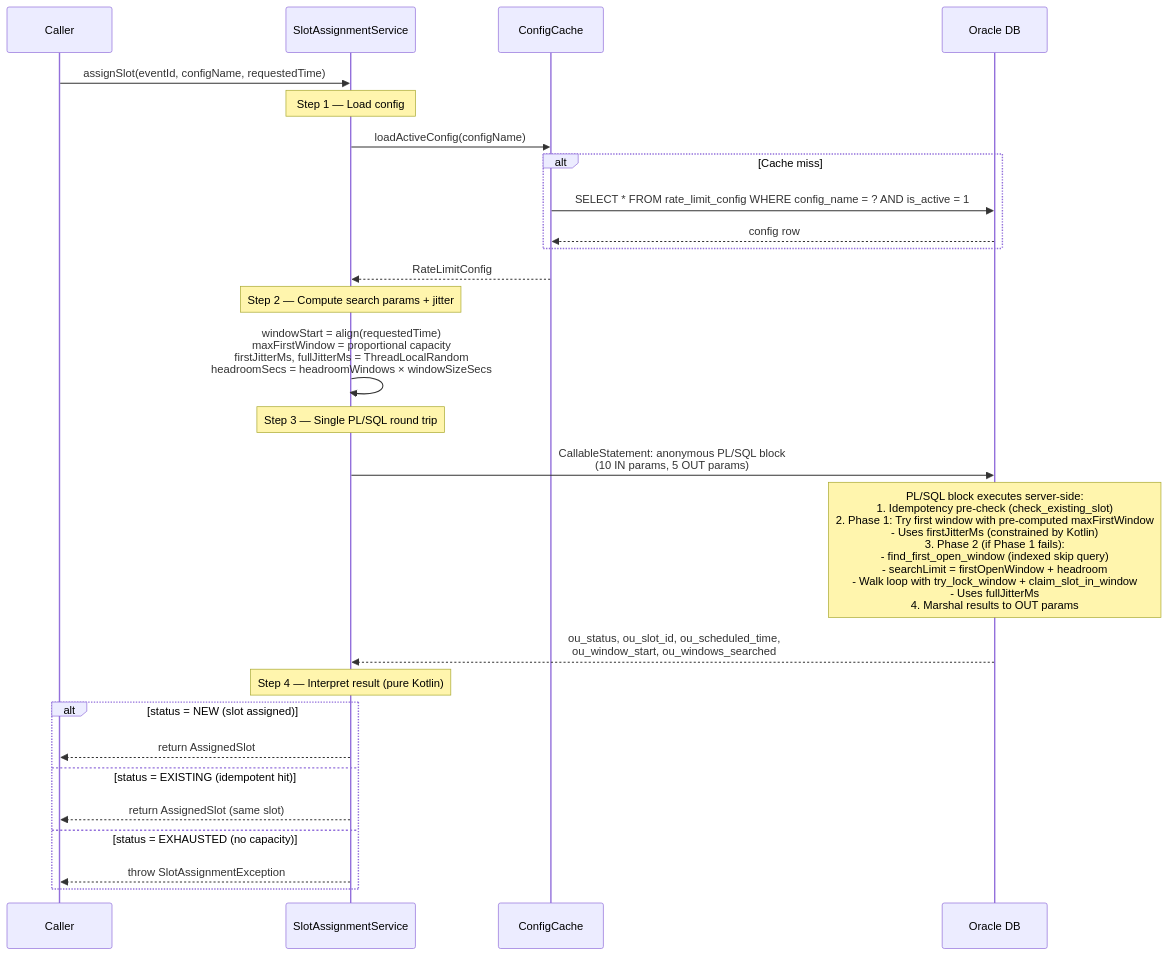
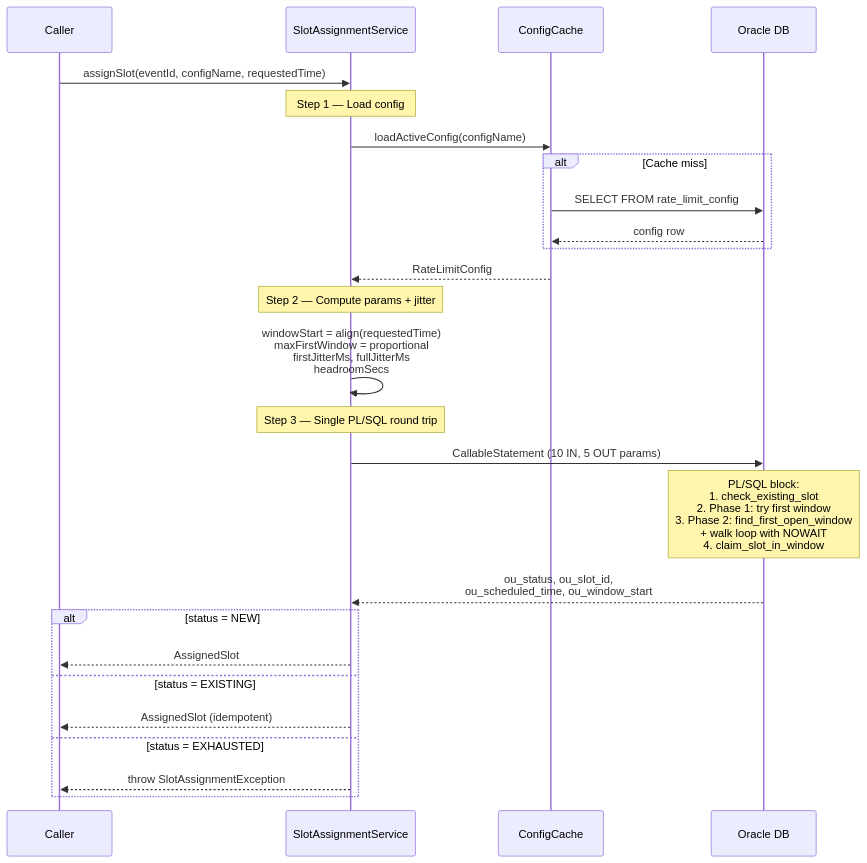
The first of 6 diagrams in README.md (arunav-bhattacharya/rate-limiter), drawn with Mermaid before and after one commit. The commit also changed other lines of this file and 1 other file, not shown here.

````diff
--- a/README.md
+++ b/README.md
@@ -261,36 +328,35 @@
 ```mermaid
 sequenceDiagram
     participant Caller
     participant SAS as SlotAssignmentService
     participant Cache as ConfigCache
     participant DB as Oracle DB
 
     Caller->>SAS: assignSlot(eventId, configName, requestedTime)
 
     Note over SAS: Step 1 — Load config
     SAS->>Cache: loadActiveConfig(configName)
     alt Cache miss
-        Cache->>DB: SELECT * FROM rate_limit_config WHERE config_name = ? AND is_active = 1
+        Cache->>DB: SELECT FROM rate_limit_config
         DB-->>Cache: config row
     end
     Cache-->>SAS: RateLimitConfig
 
-    Note over SAS: Step 2 — Compute search params + jitter
-    SAS->>SAS: windowStart = align(requestedTime)<br/>maxFirstWindow = proportional capacity<br/>firstJitterMs, fullJitterMs = ThreadLocalRandom<br/>headroomSecs = headroomWindows × windowSizeSecs
+    Note over SAS: Step 2 — Compute params + jitter
+    SAS->>SAS: windowStart = align(requestedTime)<br/>maxFirstWindow = proportional<br/>firstJitterMs, fullJitterMs<br/>headroomSecs
 
     Note over SAS: Step 3 — Single PL/SQL round trip
-    SAS->>DB: CallableStatement: anonymous PL/SQL block<br/>(10 IN params, 5 OUT params)
+    SAS->>DB: CallableStatement (10 IN, 5 OUT params)
 
-    Note over DB: PL/SQL block executes server-side:<br/>1. Idempotency pre-check (check_existing_slot)<br/>2. Phase 1: Try first window with pre-computed maxFirstWindow<br/>   - Uses firstJitterMs (constrained by Kotlin)<br/>3. Phase 2 (if Phase 1 fails):<br/>   - find_first_open_window (indexed skip query)<br/>   - searchLimit = firstOpenWindow + headroom<br/>   - Walk loop with try_lock_window + claim_slot_in_window<br/>   - Uses fullJitterMs<br/>4. Marshal results to OUT params
+    Note over DB: PL/SQL block:<br/>1. check_existing_slot<br/>2. Phase 1: try first window<br/>3. Phase 2: find_first_open_window<br/>   + walk loop with NOWAIT<br/>4. claim_slot_in_window
 
-    DB-->>SAS: ou_status, ou_slot_id, ou_scheduled_time,<br/>ou_window_start, ou_windows_searched
+    DB-->>SAS: ou_status, ou_slot_id,<br/>ou_scheduled_time, ou_window_start
 
-    Note over SAS: Step 4 — Interpret result (pure Kotlin)
-    alt status = NEW (slot assigned)
-        SAS-->>Caller: return AssignedSlot
-    else status = EXISTING (idempotent hit)
-        SAS-->>Caller: return AssignedSlot (same slot)
-    else status = EXHAUSTED (no capacity)
+    alt status = NEW
+        SAS-->>Caller: AssignedSlot
+    else status = EXISTING
+        SAS-->>Caller: AssignedSlot (idempotent)
+    else status = EXHAUSTED
         SAS-->>Caller: throw SlotAssignmentException
     end
 ```
````
